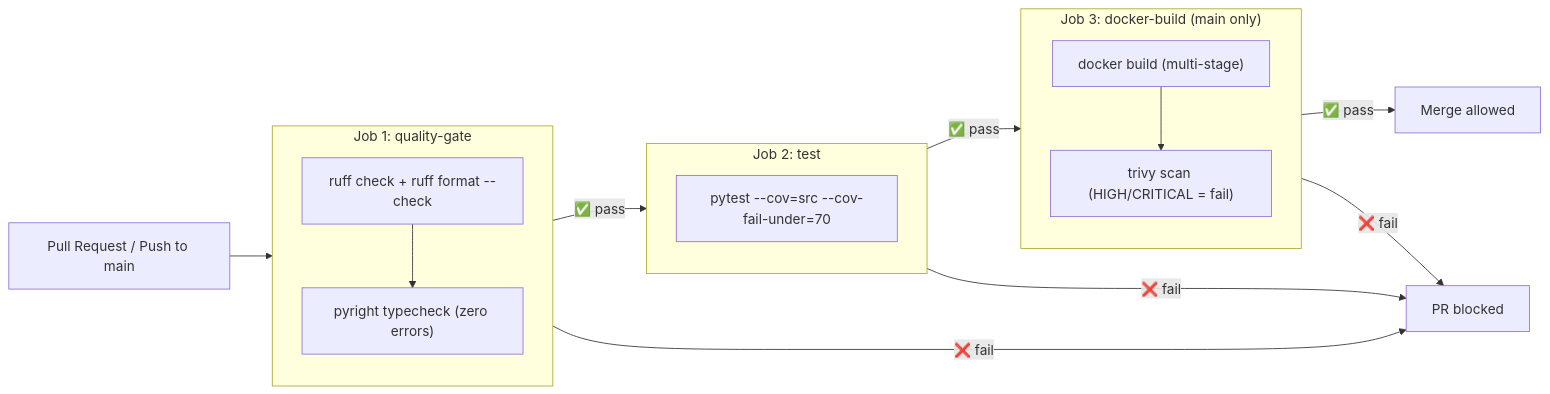
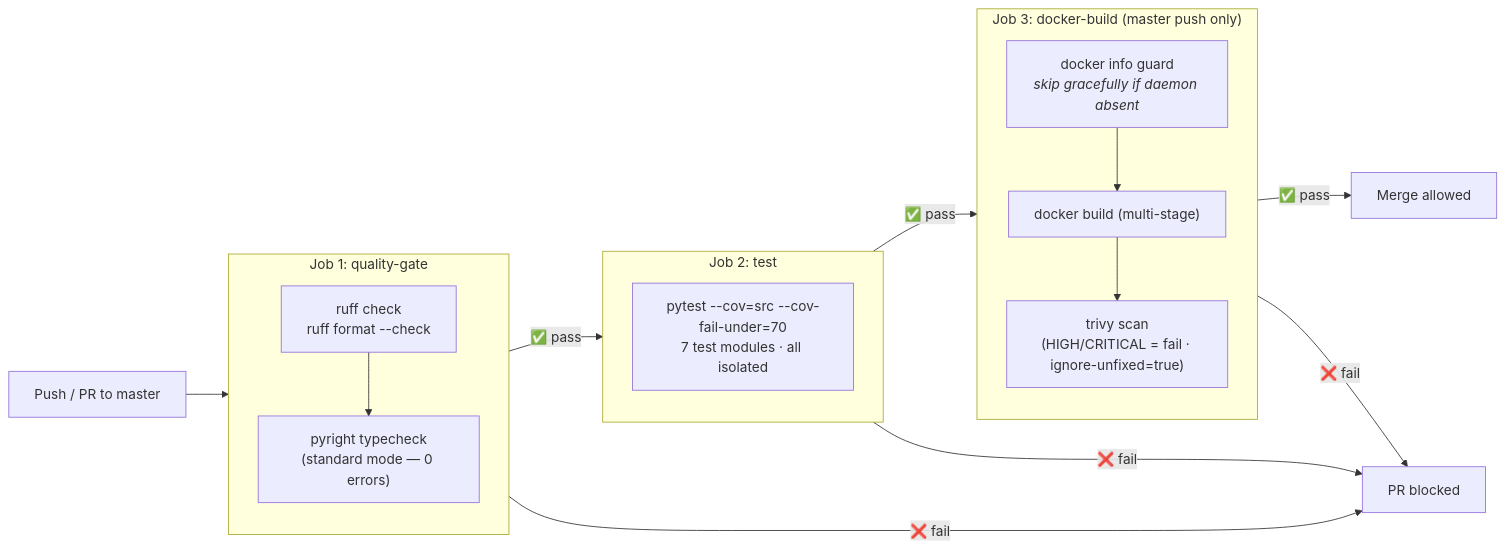
One commit to SebastianGarrido2790/ai-assistant-docker-app changed the sixth of 7 diagrams in reports/docs/architecture/system_design.md. Above: the diagram before and after it, drawn with Mermaid. The commit also changed other lines of this file and 3 other files, not shown here.

````diff
--- a/reports/docs/architecture/system_design.md
+++ b/reports/docs/architecture/system_design.md
@@ -252,28 +292,29 @@
 ```mermaid
 graph LR
-    PR["Pull Request / Push to main"]
+    PR["Push / PR to master"]
 
     subgraph QG["Job 1: quality-gate"]
-        R["ruff check + ruff format --check"]
-        P["pyright typecheck (zero errors)"]
+        R["ruff check<br/>ruff format --check"]
+        P["pyright typecheck<br/>(standard mode — 0 errors)"]
         R --> P
     end
 
     subgraph TEST["Job 2: test"]
-        PT["pytest --cov=src --cov-fail-under=70"]
+        PT["pytest --cov=src --cov-fail-under=70<br/>7 test modules · all isolated"]
     end
 
-    subgraph BUILD["Job 3: docker-build (main only)"]
+    subgraph BUILD["Job 3: docker-build (master push only)"]
+        DG["docker info guard<br/><i>skip gracefully if daemon absent</i>"]
         DB["docker build (multi-stage)"]
-        TV["trivy scan (HIGH/CRITICAL = fail)"]
-        DB --> TV
+        TV["trivy scan<br/>(HIGH/CRITICAL = fail · ignore-unfixed=true)"]
+        DG --> DB --> TV
     end
 
     PR --> QG
     QG -->|"✅ pass"| TEST
     TEST -->|"✅ pass"| BUILD
     BUILD -->|"✅ pass"| MERGE["Merge allowed"]
     QG -->|"❌ fail"| BLOCK["PR blocked"]
     TEST -->|"❌ fail"| BLOCK
     BUILD -->|"❌ fail"| BLOCK
 ```
````
